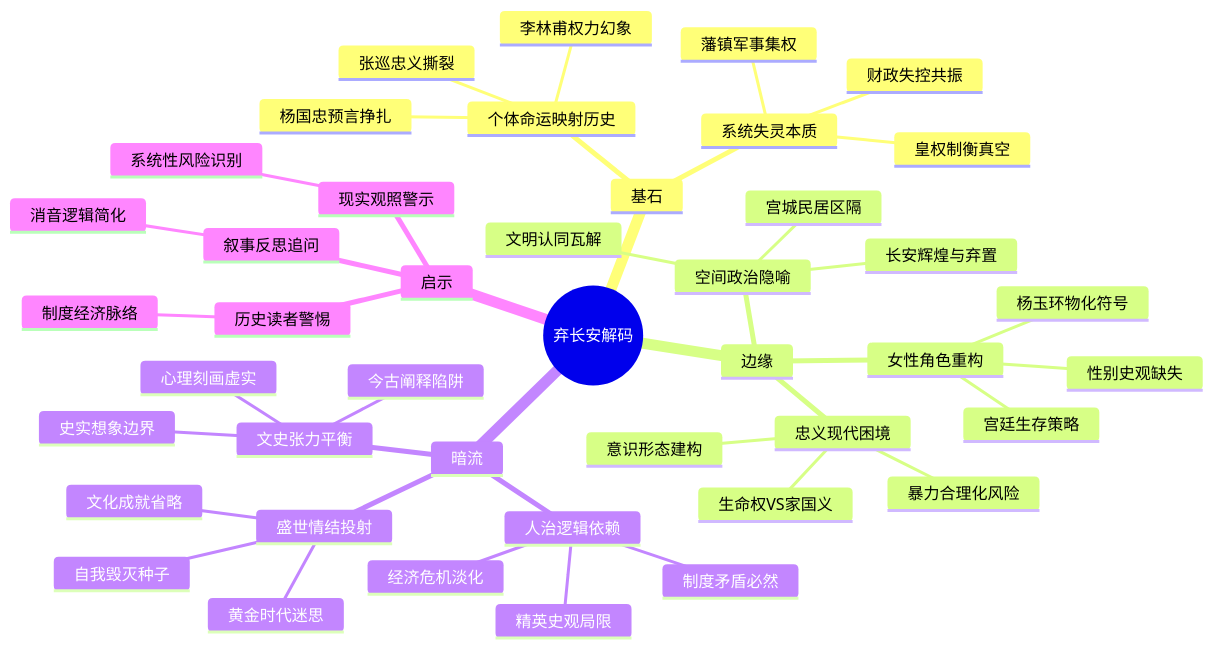
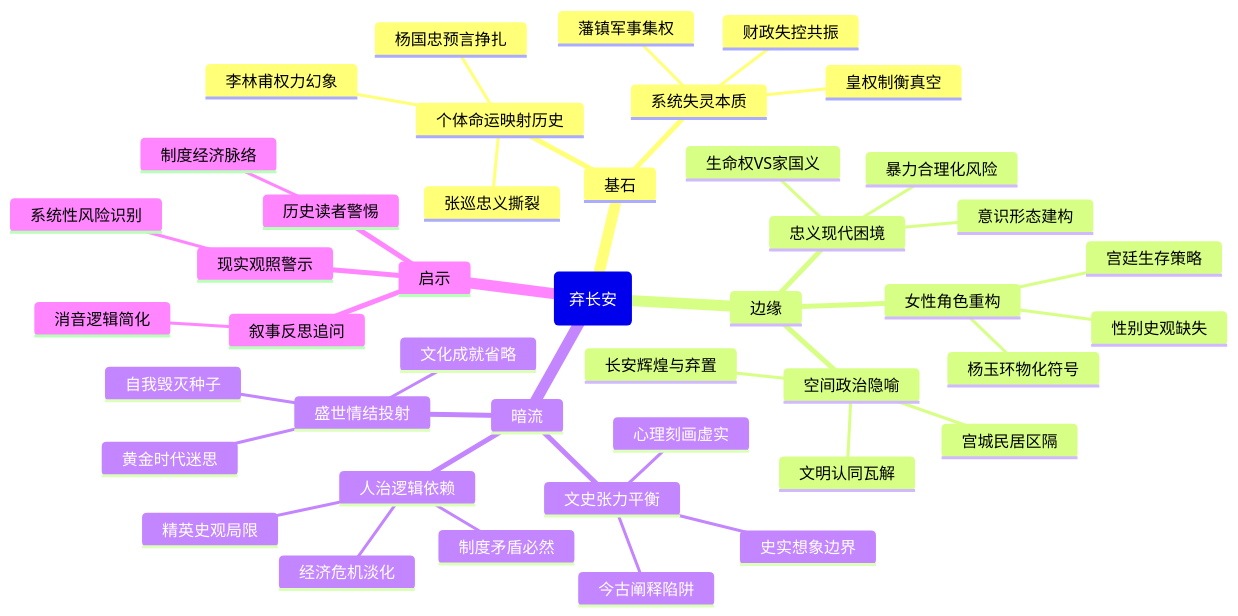
Before and after one commit to funloss/funKnowledge: the diagram in 读书/中国历史/弃长安.md, drawn with Mermaid. The commit also changed 74 other files, not shown here.

````diff
--- a/读书/中国历史/弃长安.md
+++ b/读书/中国历史/弃长安.md
@@ -2,46 +2,46 @@
 ```mermaid
 mindmap
-  root((弃长安解码))
+  root(弃长安)
     基石
       个体命运映射历史
         李林甫权力幻象
         杨国忠预言挣扎
         张巡忠义撕裂
       系统失灵本质
         皇权制衡真空
         藩镇军事集权
         财政失控共振
     边缘
       空间政治隐喻
         长安辉煌与弃置
         宫城民居区隔
         文明认同瓦解
       女性角色重构
         杨玉环物化符号
         宫廷生存策略
         性别史观缺失
       忠义现代困境
         生命权VS家国义
         暴力合理化风险
         意识形态建构
     暗流
       人治逻辑依赖
         精英史观局限
         经济危机淡化
         制度矛盾必然
       文史张力平衡
         心理刻画虚实
         史实想象边界
         今古阐释陷阱
       盛世情结投射
         文化成就省略
         黄金时代迷思
         自我毁灭种子
     启示
       历史读者警惕
         制度经济脉络
       现实观照警示
         系统性风险识别
       叙事反思追问
         消音逻辑简化
 ``` 
````
